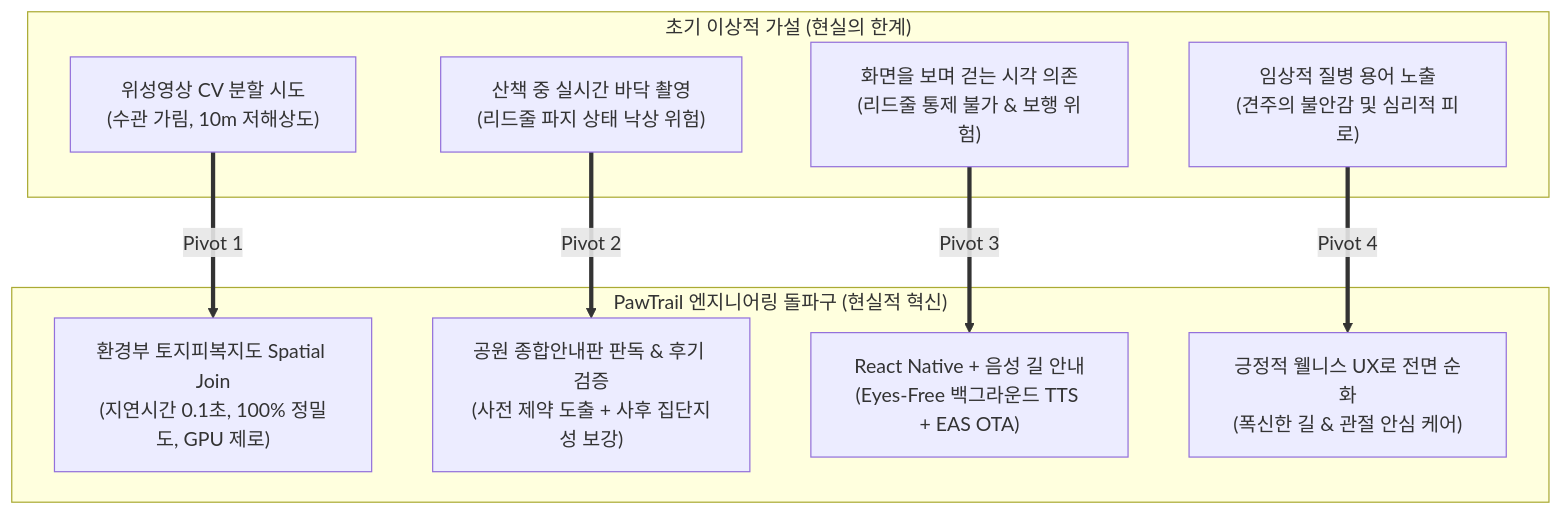
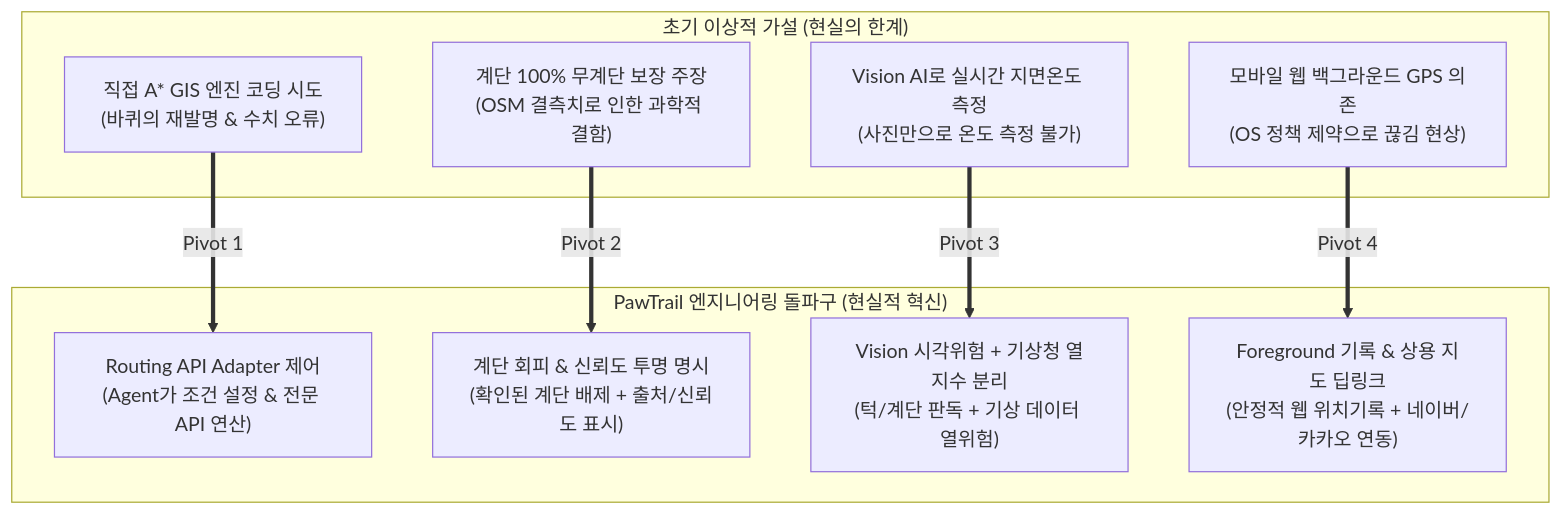
Before and after one commit to gigantess/PawTrail: the second of 3 diagrams in docs/07_PawTrail_Presentation_Pain_Points.md, drawn with Mermaid. The commit also changed other lines of this file and 7 other files, not shown here.

````diff
--- a/docs/07_PawTrail_Presentation_Pain_Points.md
+++ b/docs/07_PawTrail_Presentation_Pain_Points.md
@@ -100,21 +92,21 @@
 ```mermaid
 flowchart TD
     subgraph Problem ["초기 이상적 가설 (현실의 한계)"]
-        P1["위성영상 CV 분할 시도<br/>(수관 가림, 10m 저해상도)"]
-        P2["산책 중 실시간 바닥 촬영<br/>(리드줄 파지 상태 낙상 위험)"]
-        P3["화면을 보며 걷는 시각 의존<br/>(리드줄 통제 불가 & 보행 위험)"]
-        P4["임상적 질병 용어 노출<br/>(견주의 불안감 및 심리적 피로)"]
+        P1["직접 A* GIS 엔진 코딩 시도<br/>(바퀴의 재발명 & 수치 오류)"]
+        P2["계단 100% 무계단 보장 주장<br/>(OSM 결측치로 인한 과학적 결함)"]
+        P3["Vision AI로 실시간 지면온도 측정<br/>(사진만으로 온도 측정 불가)"]
+        P4["모바일 웹 백그라운드 GPS 의존<br/>(OS 정책 제약으로 끊김 현상)"]
     end
 
     subgraph Solution ["PawTrail 엔지니어링 돌파구 (현실적 혁신)"]
-        S1["환경부 토지피복지도 Spatial Join<br/>(지연시간 0.1초, 100% 정밀도, GPU 제로)"]
-        S2["공원 종합안내판 판독 & 후기 검증<br/>(사전 제약 도출 + 사후 집단지성 보강)"]
-        S3["React Native + 음성 길 안내<br/>(Eyes-Free 백그라운드 TTS + EAS OTA)"]
-        S4["긍정적 웰니스 UX로 전면 순화<br/>(폭신한 길 & 관절 안심 케어)"]
+        S1["Routing API Adapter 제어<br/>(Agent가 조건 설정 & 전문 API 연산)"]
+        S2["계단 회피 & 신뢰도 투명 명시<br/>(확인된 계단 배제 + 출처/신뢰도 표시)"]
+        S3["Vision 시각위험 + 기상청 열지수 분리<br/>(턱/계단 판독 + 기상 데이터 열위험)"]
+        S4["Foreground 기록 & 상용 지도 딥링크<br/>(안정적 웹 위치기록 + 네이버/카카오 연동)"]
     end
 
     P1 ==>|Pivot 1| S1
     P2 ==>|Pivot 2| S2
     P3 ==>|Pivot 3| S3
     P4 ==>|Pivot 4| S4
 ```
````
